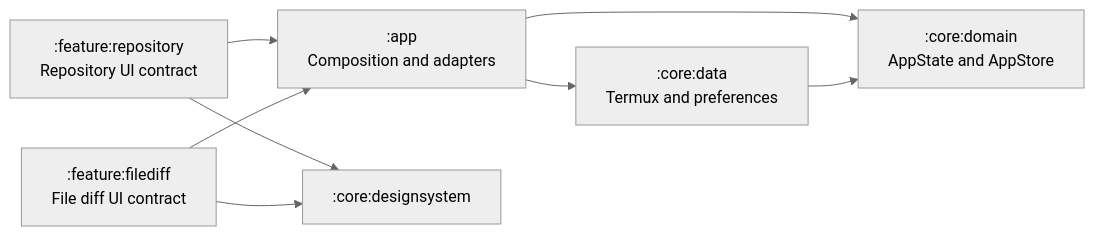
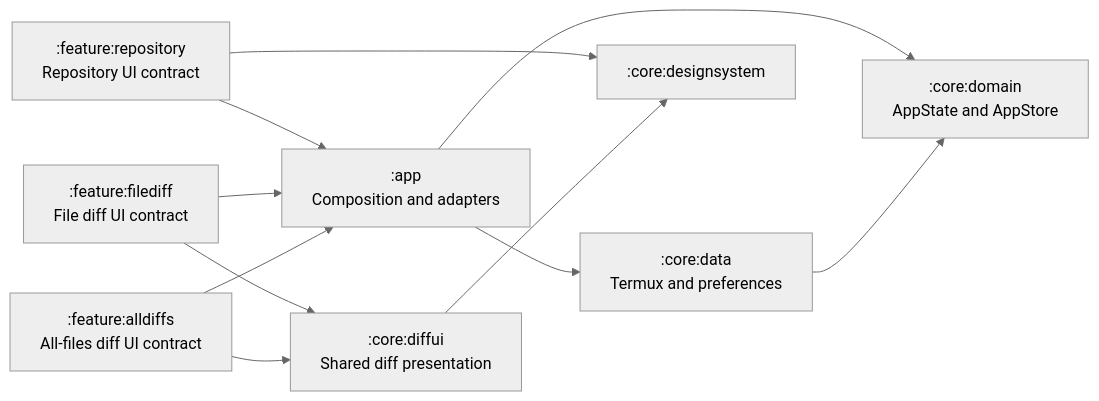
Before and after one commit to yyasutakeee/diff-viewer-android: the second of 2 diagrams in docs/product-overview.md, drawn with Mermaid (neutral theme). The commit also changed other lines of this file and 20 other files, not shown here.

````diff
--- a/docs/product-overview.md
+++ b/docs/product-overview.md
@@ -63,10 +63,13 @@
 ```mermaid
 flowchart LR
     RU[":feature:repository<br/>Repository UI contract"] --> A[":app<br/>Composition and adapters"]
     FU[":feature:filediff<br/>File diff UI contract"] --> A
+    AU[":feature:alldiffs<br/>All-files diff UI contract"] --> A
     A --> S[":core:domain<br/>AppState and AppStore"]
     A --> D[":core:data<br/>Termux and preferences"]
     D --> S
     RU --> DS[":core:designsystem"]
-    FU --> DS
+    FU --> DU[":core:diffui<br/>Shared diff presentation"]
+    AU --> DU
+    DU --> DS
 ```
````
